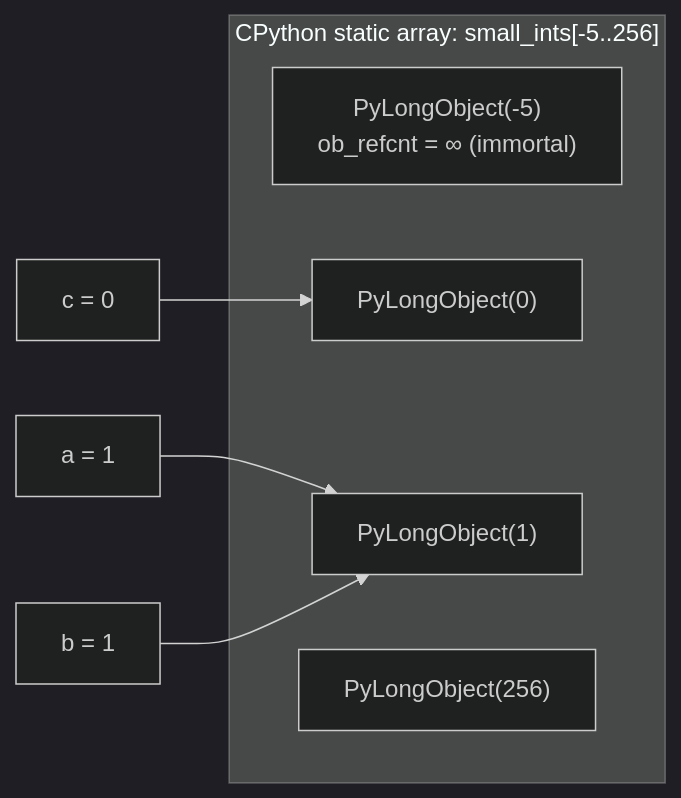
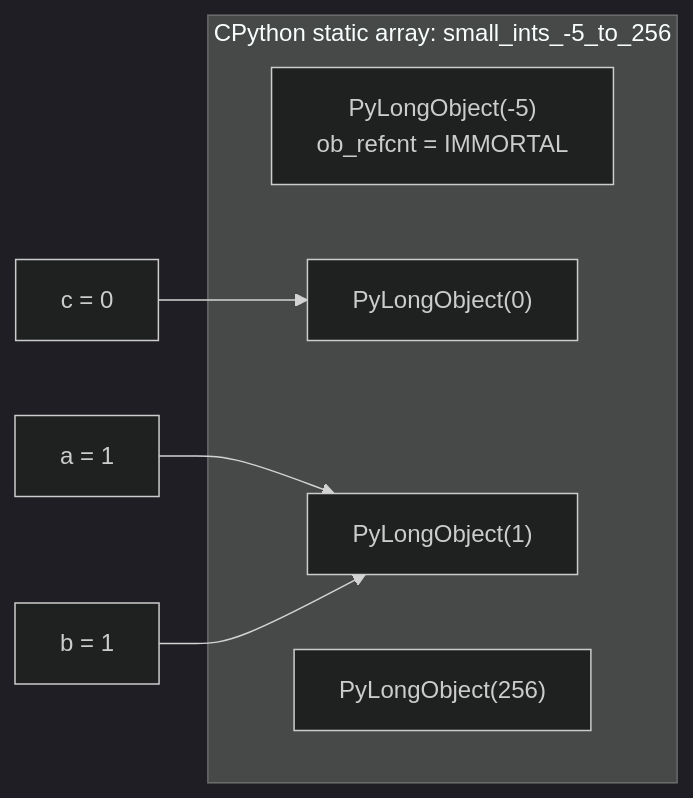
The second of 14 diagrams in docs/books/cs-reference/python-internals.md (choisimo/document), drawn with Mermaid (dark theme) before and after one commit. The commit also changed 4514 other files, not shown here.

Commit message:
- sequenceDiagram` 내 `;`로 끊기던 메시지/노트 문장 정리 - `stateDiagram` 라벨 내부 추가 `:`/`::` 구문 정리 - `flowchart`에서 줄 끝 `-->` 끊김 체인 정리 - `block-betting` 오타를 `block-beta`로 수정 - 엄격 파서에서 깨지던 수식/특수문자 라벨 일부 ASCII 정규화

````diff
--- a/docs/books/cs-reference/python-internals.md
+++ b/docs/books/cs-reference/python-internals.md
@@ -59,13 +59,13 @@
 ```mermaid
 flowchart LR
-    subgraph static_ints["CPython static array: small_ints[-5..256]"]
-        INT_5["PyLongObject(-5)\nob_refcnt = ∞ (immortal)"]
+    subgraph static_ints["CPython static array: small_ints_-5_to_256"]
+        INT_5["PyLongObject(-5)\nob_refcnt = IMMORTAL"]
         INT0["PyLongObject(0)"]
         INT1["PyLongObject(1)"]
         INT256["PyLongObject(256)"]
     end
     
     A["a = 1"] --> INT1
     B["b = 1"] --> INT1
     C["c = 0"] --> INT0
 ```
````
